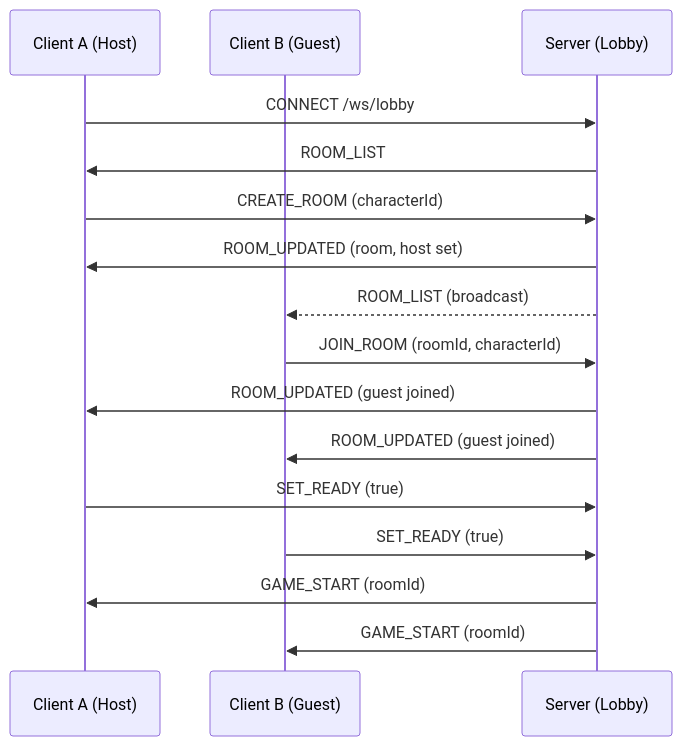
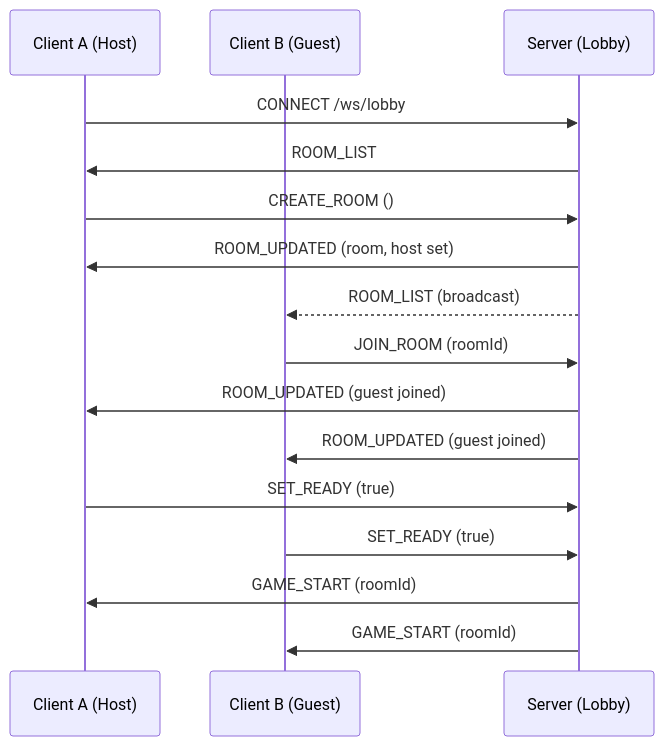
Before and after one commit to 222transcendence/transcendence_deploy: the first of 5 diagrams in architecture_design/WEBSOCKET_PROTOCOL.md, drawn with Mermaid. The commit also changed other lines of this file and 11 other files, not shown here.

````diff
--- a/architecture_design/WEBSOCKET_PROTOCOL.md
+++ b/architecture_design/WEBSOCKET_PROTOCOL.md
@@ -42,19 +39,19 @@
 ```mermaid
 sequenceDiagram
     participant C1 as Client A (Host)
     participant C2 as Client B (Guest)
     participant S as Server (Lobby)
 
     C1->>S: CONNECT /ws/lobby
     S->>C1: ROOM_LIST
-    C1->>S: CREATE_ROOM (characterId)
+    C1->>S: CREATE_ROOM ()
     S->>C1: ROOM_UPDATED (room, host set)
     S-->>C2: ROOM_LIST (broadcast)
-    C2->>S: JOIN_ROOM (roomId, characterId)
+    C2->>S: JOIN_ROOM (roomId)
     S->>C1: ROOM_UPDATED (guest joined)
     S->>C2: ROOM_UPDATED (guest joined)
     C1->>S: SET_READY (true)
     C2->>S: SET_READY (true)
     S->>C1: GAME_START (roomId)
     S->>C2: GAME_START (roomId)
 ```
````
